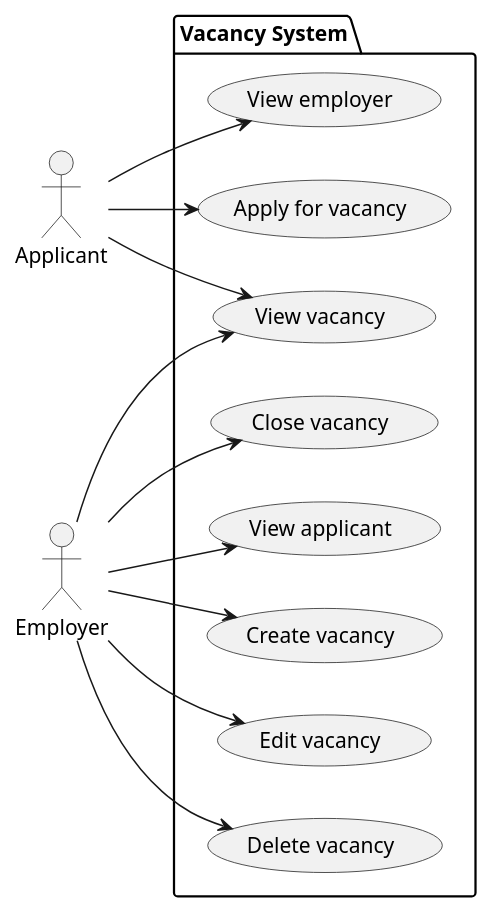
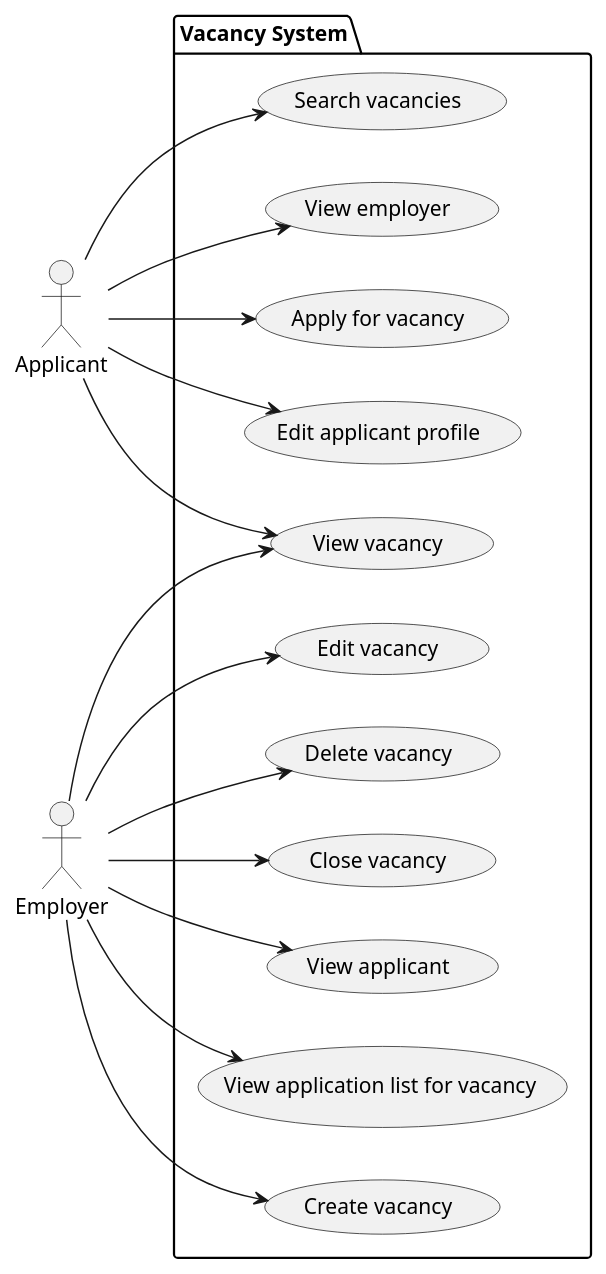
The diagram in lab1/diagrams/use-case.plantuml (gmatiukhin/prog-eng), drawn with PlantUML before and after one commit. The commit also changed 1 other file, not shown here.

```diff
--- a/lab1/diagrams/use-case.plantuml
+++ b/lab1/diagrams/use-case.plantuml
@@ -1,33 +1,40 @@
 @startuml
 left to right direction
 
 actor Applicant as a
 actor Employer  as e
 
 package "Vacancy System" {
   usecase "Create vacancy"      as cv
   usecase "Edit vacancy"        as ev
   usecase "Delete vacancy"      as dv
   usecase "Close vacancy"       as clv
   usecase "View vacancy"        as vv
 
+  usecase "Edit applicant profile" as ep
+  usecase "Search vacancies"    as sv
   usecase "Apply for vacancy"   as afv
 
+  usecase "View application list for vacancy" as vapps
   usecase "View applicant" as vap
   usecase "View employer" as vep
-  
 }
 
 e --> cv
 e --> ev
 e --> dv
 e --> vv
 e --> clv
 
 a --> vv
+a -> ep
 a --> afv
+a -> sv
 
 a -> vep
 e -> vap
 
+e -> vapps
+
+
 @enduml
```
